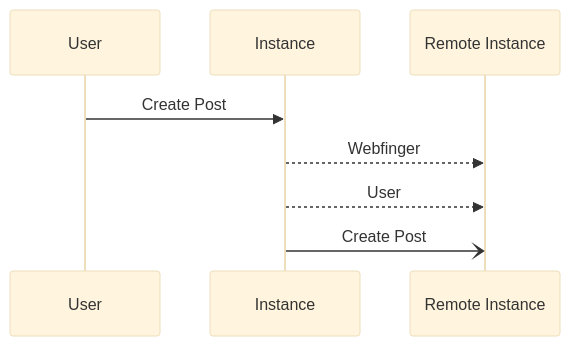
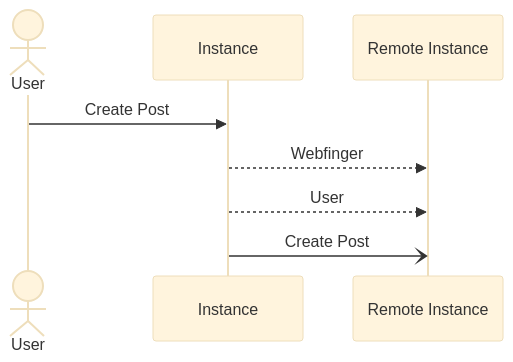
Before and after one commit to boyter/activitypub: the diagram in create-post.md, drawn with Mermaid (base theme).

Commit message:
tweak diagram

````diff
--- a/create-post.md
+++ b/create-post.md
@@ -43,7 +43,8 @@
 ```mermaid
 sequenceDiagram
+    actor User
     User->>Instance: Create Post
     Instance-->>Remote Instance: Webfinger
     Instance-->>Remote Instance: User
     Instance-)Remote Instance: Create Post
 ```
````
